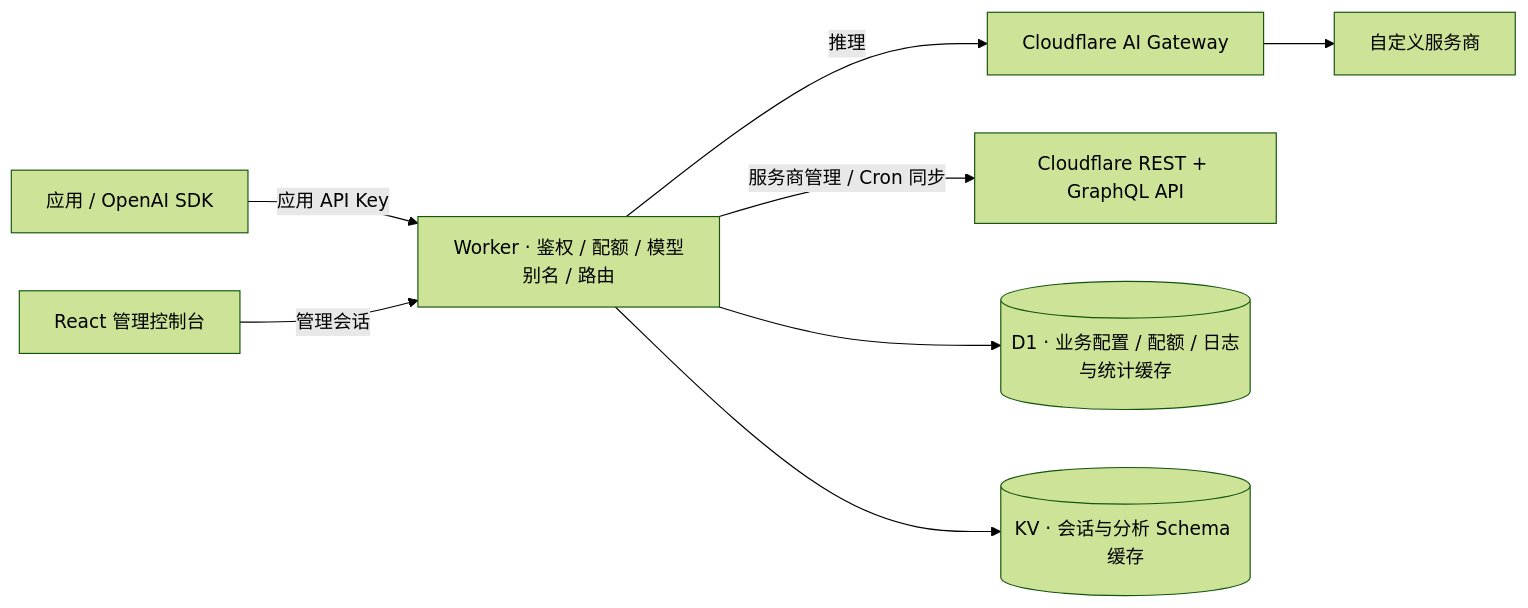
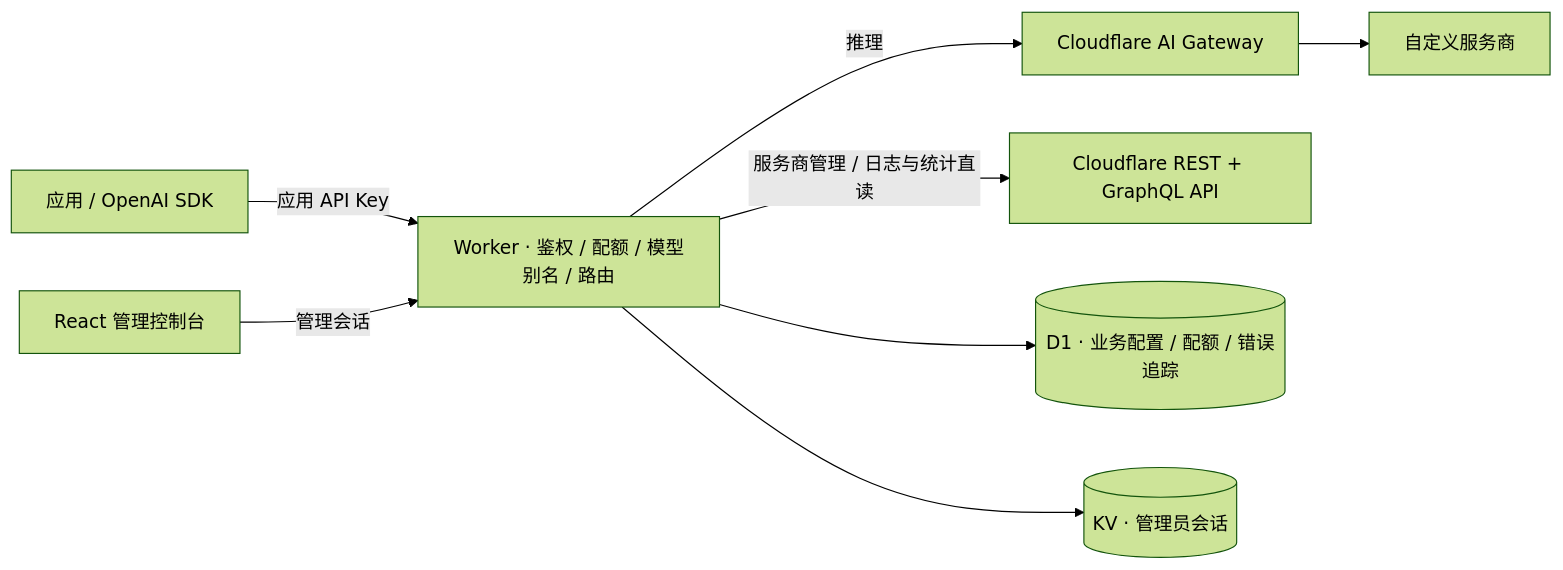
The diagram in README.md (doitcan-oiu/edgegate), drawn with Mermaid (forest theme) before and after one commit. The commit also changed other lines of this file and 28 other files, not shown here.

````diff
--- a/README.md
+++ b/README.md
@@ -15,10 +15,10 @@
 ```mermaid
 flowchart LR
     App[应用 / OpenAI SDK] -->|应用 API Key| Worker[Worker · 鉴权 / 配额 / 模型别名 / 路由]
     UI[React 管理控制台] -->|管理会话| Worker
     Worker -->|推理| AIG[Cloudflare AI Gateway]
     AIG --> Custom[自定义服务商]
-    Worker -->|服务商管理 / Cron 同步| API[Cloudflare REST + GraphQL API]
-    Worker --> D1[(D1 · 业务配置 / 配额 / 日志与统计缓存)]
-    Worker --> KV[(KV · 会话与分析 Schema 缓存)]
+    Worker -->|服务商管理 / 日志与统计直读| API[Cloudflare REST + GraphQL API]
+    Worker --> D1[(D1 · 业务配置 / 配额 / 错误追踪)]
+    Worker --> KV[(KV · 管理员会话)]
 ```
````
